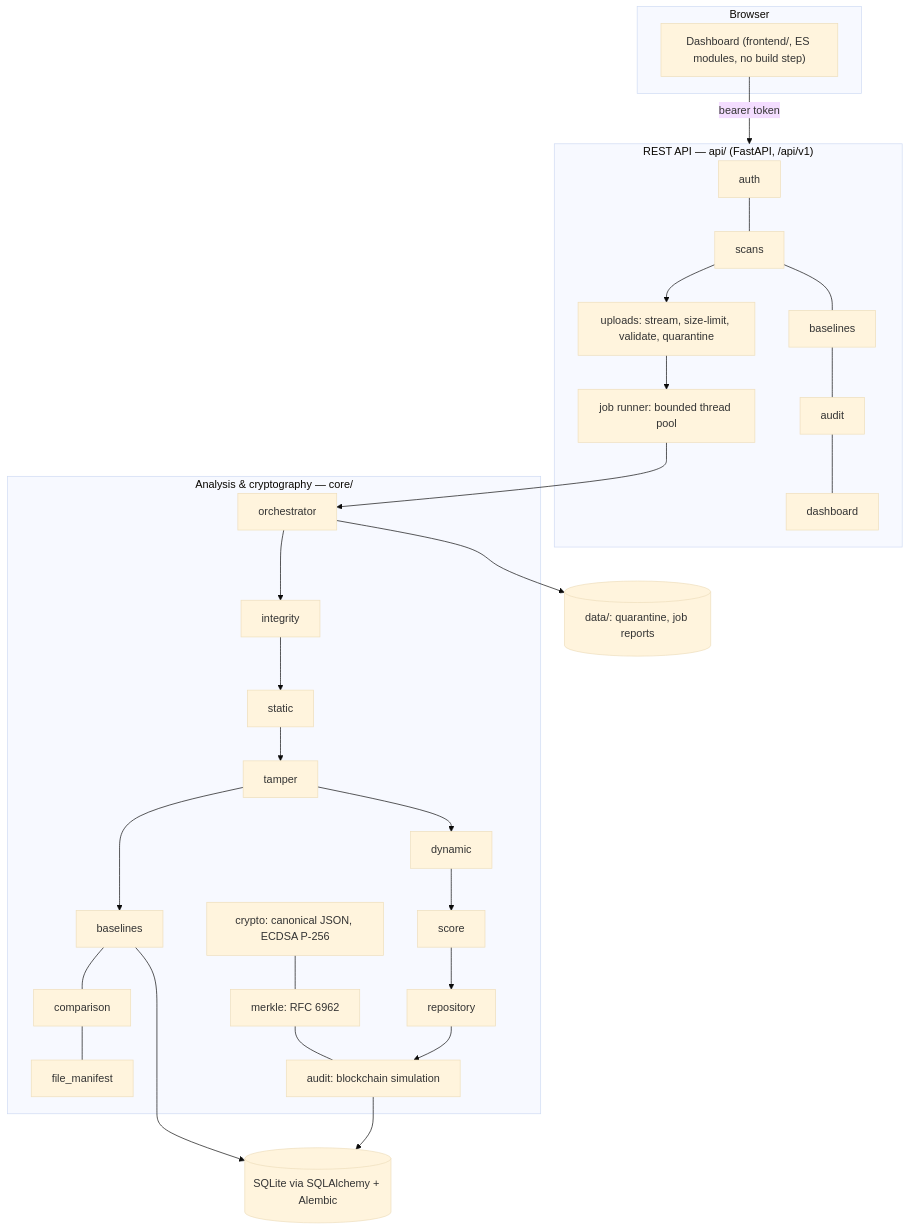
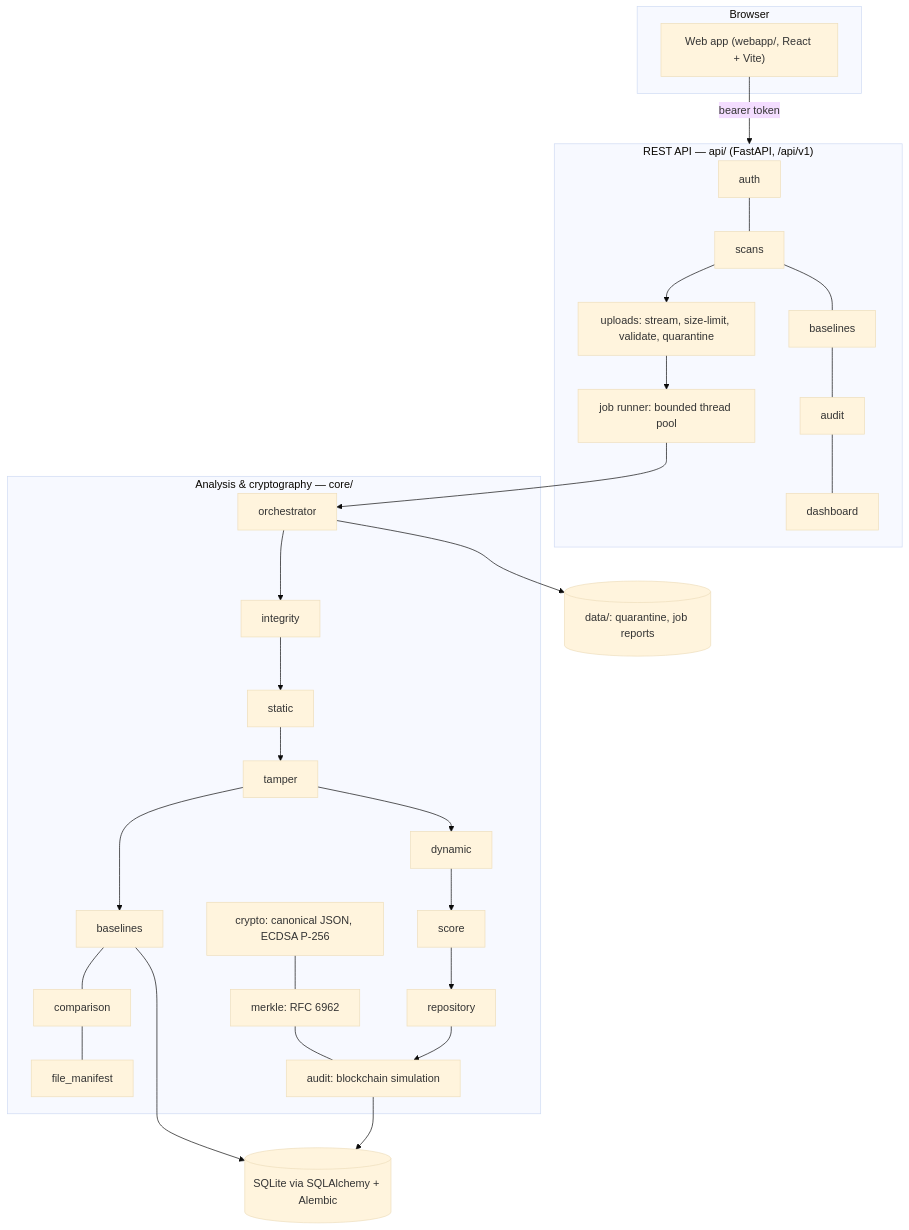
The first of 4 diagrams in docs/ARCHITECTURE.md (1-basil/merkleTrust), drawn with Mermaid (base theme) before and after one commit. The commit also changed other lines of this file and 25 other files, not shown here.

Commit message:
feat: complete migration to React webapp and remove legacy frontend

````diff
--- a/docs/ARCHITECTURE.md
+++ b/docs/ARCHITECTURE.md
@@ -11,25 +11,25 @@
 ```mermaid
 flowchart TB
     subgraph Browser
-        UI["Dashboard (frontend/, ES modules, no build step)"]
+        UI["Web app (webapp/, React + Vite)"]
     end
     subgraph API["REST API — api/ (FastAPI, /api/v1)"]
         AUTH[auth] --- SCANS[scans] --- BASE[baselines] --- AUD[audit] --- DASH[dashboard]
         UP[uploads: stream, size-limit, validate, quarantine]
         JOBS[job runner: bounded thread pool]
     end
     subgraph Core["Analysis & cryptography — core/"]
         ORCH[orchestrator] --> I[integrity] --> S[static] --> T[tamper] --> D[dynamic] --> SC[score] --> R[repository]
         BL[baselines] --- CMP[comparison] --- FM[file_manifest]
         CR[crypto: canonical JSON, ECDSA P-256] --- MK[merkle: RFC 6962] --- AU[audit: blockchain simulation]
     end
     DB[(SQLite via SQLAlchemy + Alembic)]
     FS[(data/: quarantine, job reports)]
     UI -->|bearer token| API
     SCANS --> UP --> JOBS --> ORCH
     T --> BL
     R --> AU
     BL --> DB
     AU --> DB
     ORCH --> FS
 ```
````
